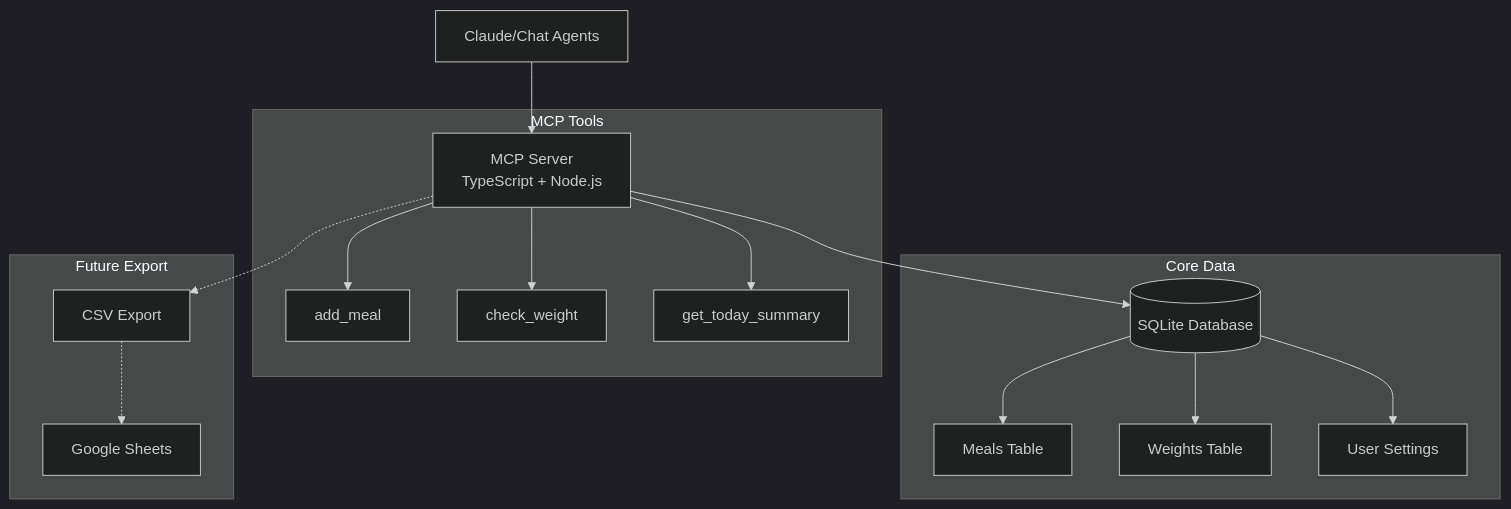
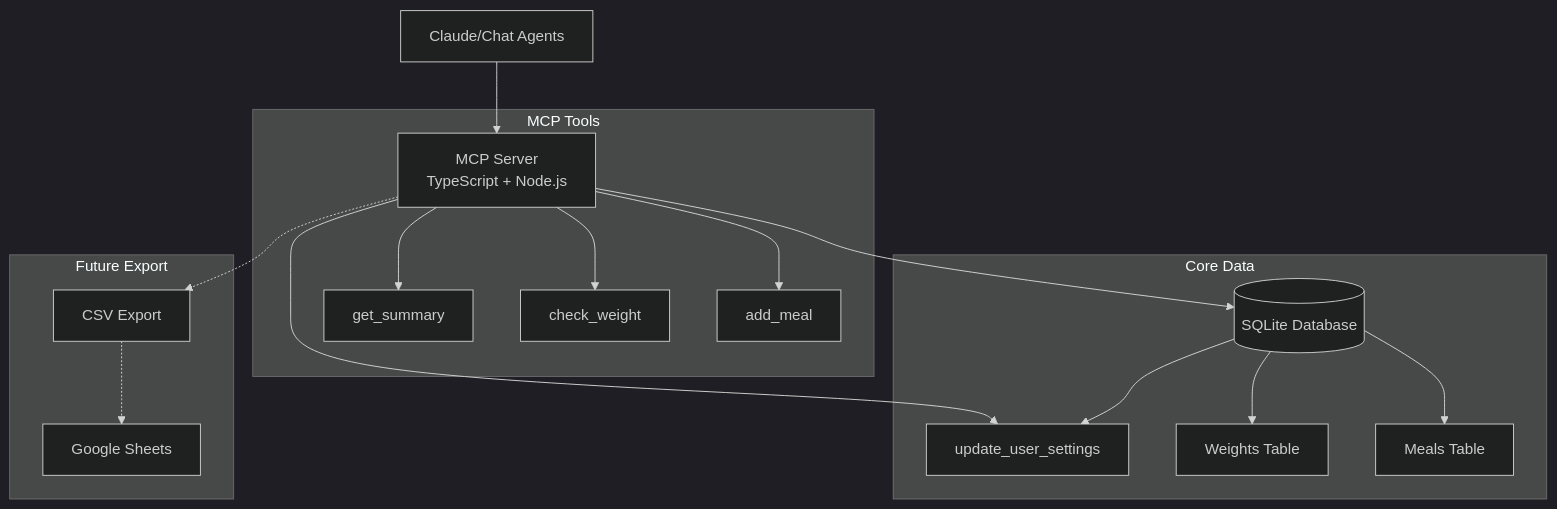
Before and after one commit to 0x28F4/calorie-tracker-mcp: the diagram in README.md, drawn with Mermaid (dark theme). The commit also changed other lines of this file, not shown here.

````diff
--- a/README.md
+++ b/README.md
@@ -81,22 +81,23 @@
 ```mermaid
 graph TB
     Claude[Claude/Chat Agents] --> MCP[MCP Server<br/>TypeScript + Node.js]
     MCP --> DB[(SQLite Database)]
     
     subgraph "Core Data"
         DB --> Meals[Meals Table]
         DB --> Weights[Weights Table]
         DB --> Settings[User Settings]
     end
     
     subgraph "MCP Tools"
         MCP --> AddMeal[add_meal]
         MCP --> CheckWeight[check_weight]
-        MCP --> Summary[get_today_summary]
+        MCP --> Summary[get_summary]
+        MCP --> Settings[update_user_settings]
     end
     
     subgraph "Future Export"
         MCP -.-> CSV[CSV Export]
         CSV -.-> Sheets[Google Sheets]
     end
 ```
````
